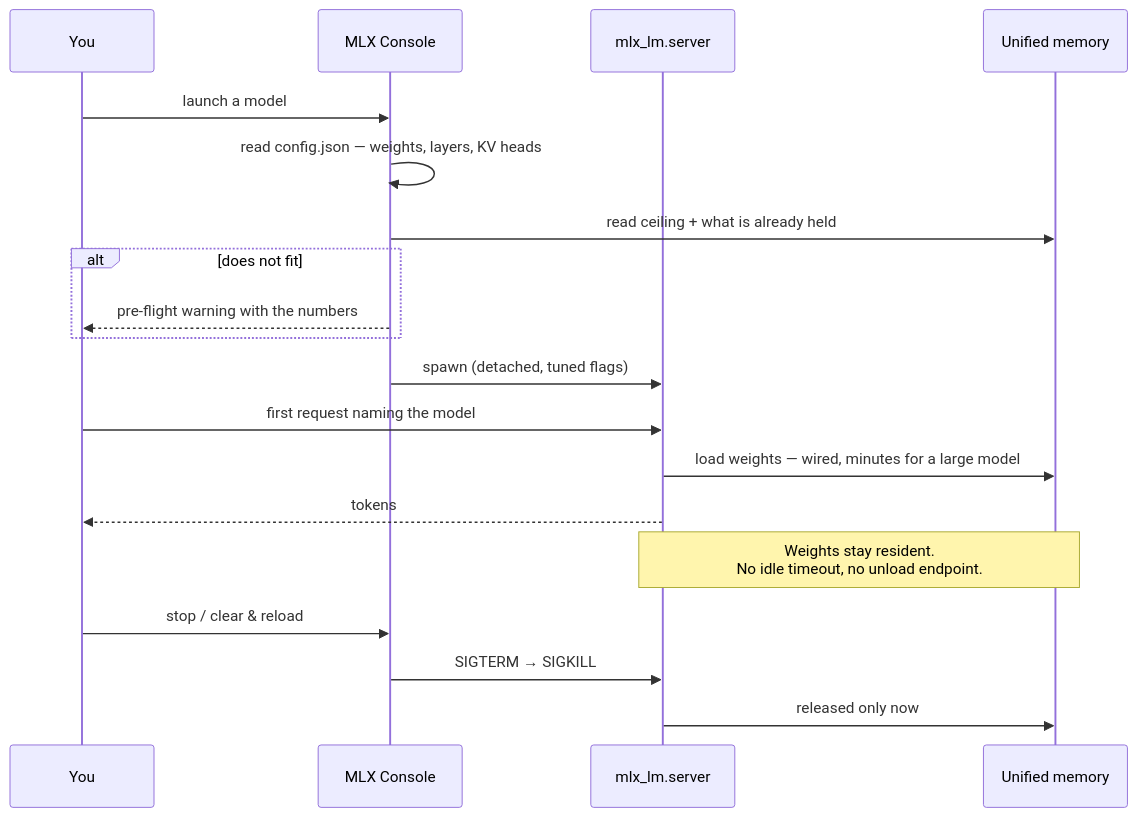
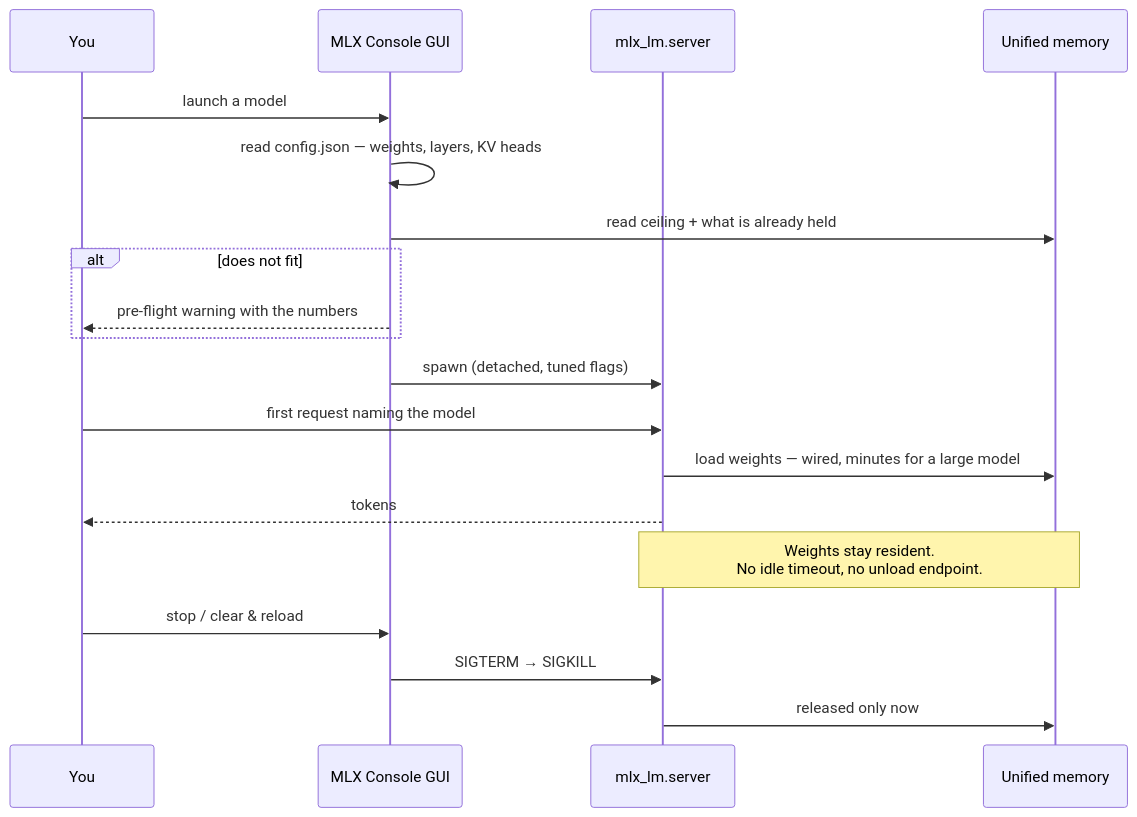
Before and after one commit to bengurion/mlx-console-gui: the second of 3 diagrams in README.md, drawn with Mermaid. The commit also changed other lines of this file and 16 other files, not shown here.

First line of the commit message:
Rename the product to MLX Console GUI

````diff
--- a/README.md
+++ b/README.md
@@ -112,22 +112,22 @@
 ```mermaid
 sequenceDiagram
     participant You
-    participant Console as MLX Console
+    participant Console as MLX Console GUI
     participant Server as mlx_lm.server
     participant Mem as Unified memory
 
     You->>Console: launch a model
     Console->>Console: read config.json — weights, layers, KV heads
     Console->>Mem: read ceiling + what is already held
     alt does not fit
         Console-->>You: pre-flight warning with the numbers
     end
     Console->>Server: spawn (detached, tuned flags)
     You->>Server: first request naming the model
     Server->>Mem: load weights — wired, minutes for a large model
     Server-->>You: tokens
     Note over Server,Mem: Weights stay resident.<br/>No idle timeout, no unload endpoint.
     You->>Console: stop / clear & reload
     Console->>Server: SIGTERM → SIGKILL
     Server->>Mem: released only now
 ```
````
